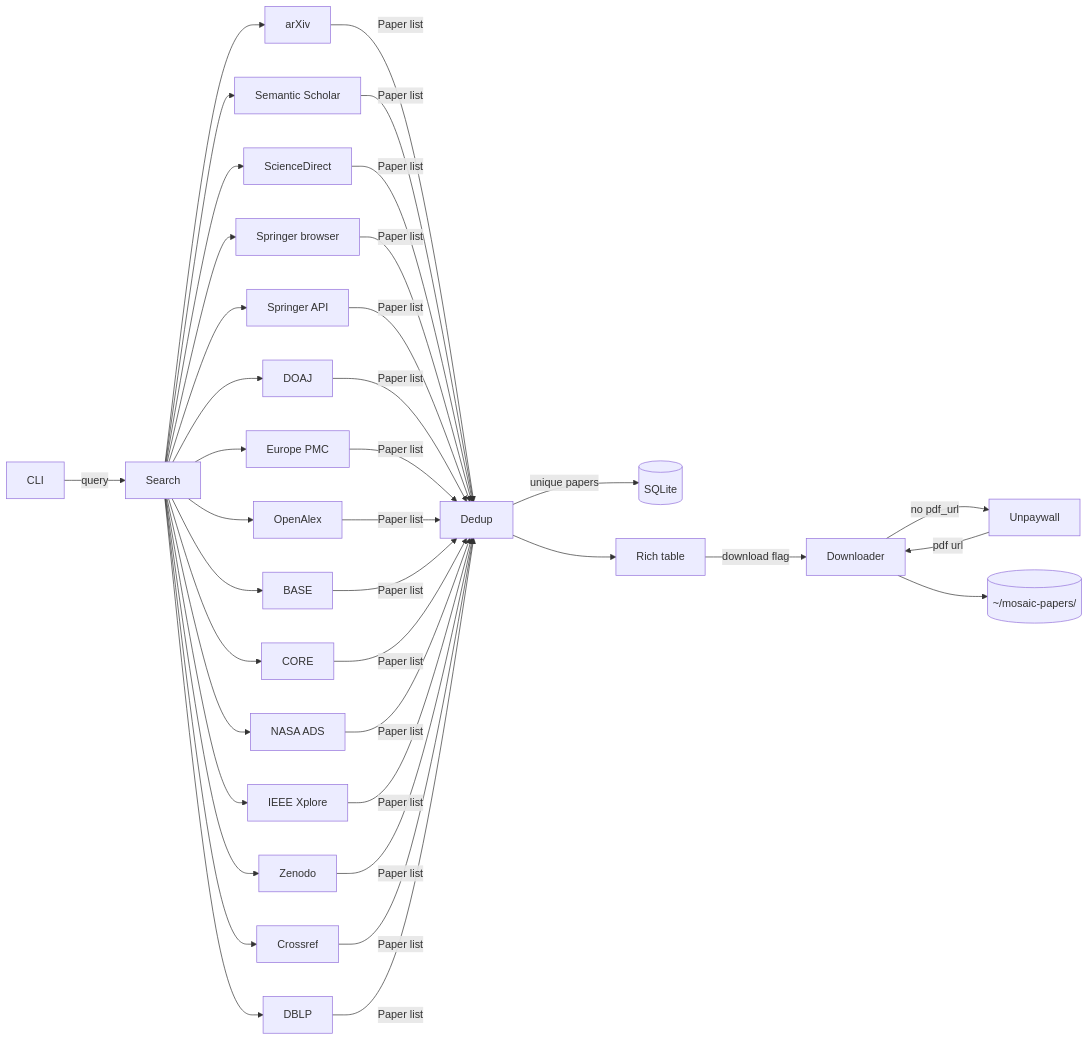
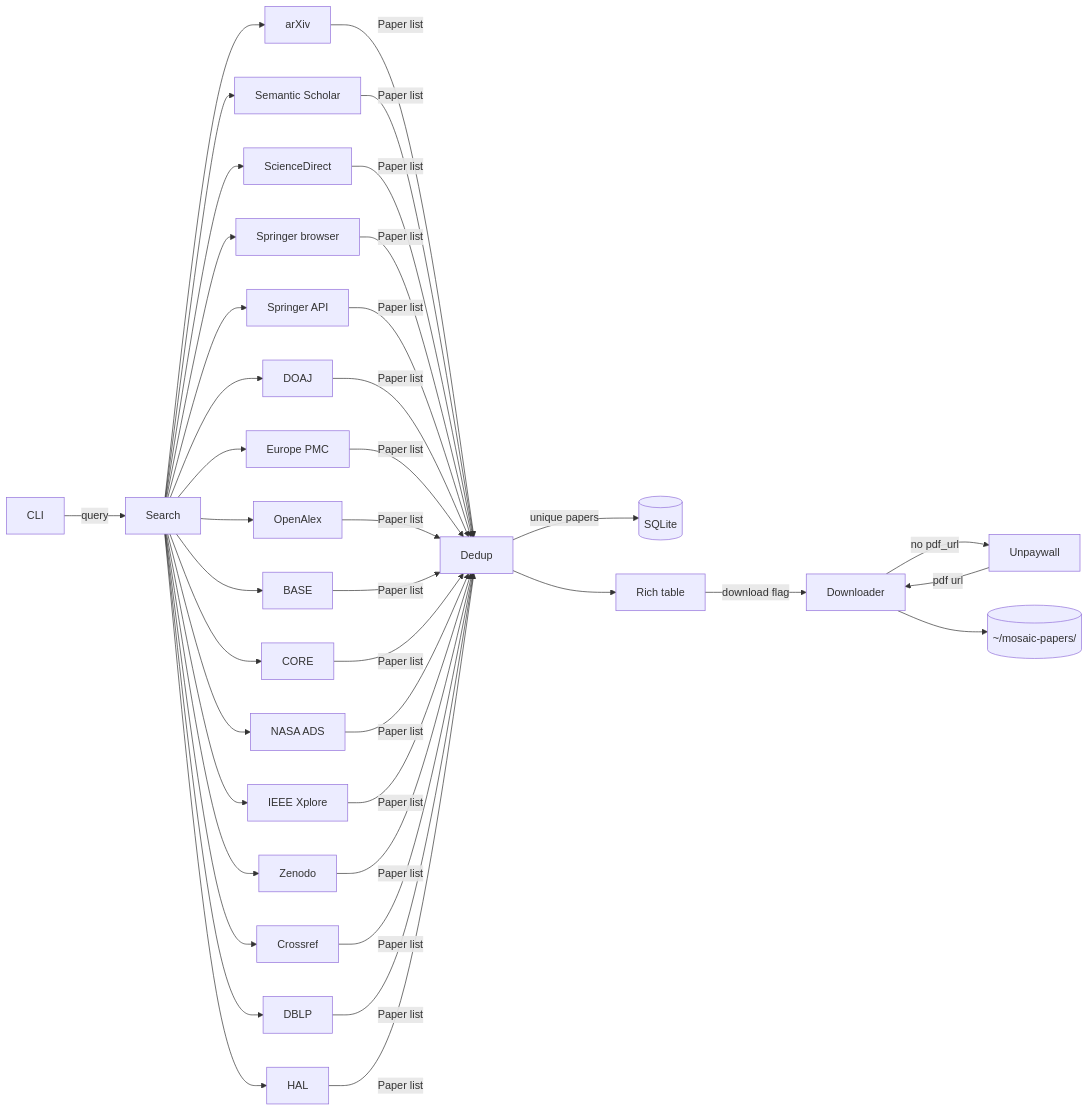
Before and after one commit to szaghi/mosaic: the diagram in docs/index.md, drawn with Mermaid. The commit also changed other lines of this file and 11 other files, not shown here.

First line of the commit message:
feat(sources): add HAL open archive source

````diff
--- a/docs/index.md
+++ b/docs/index.md
@@ -57,12 +57,12 @@
 ```mermaid
 flowchart LR
     CLI -->|query| Search
-    Search --> arXiv & SS[Semantic Scholar] & SD[ScienceDirect] & SP[Springer browser] & SPN[Springer API] & DOAJ & EPMC[Europe PMC] & OA[OpenAlex] & BASE & CORE & ADS[NASA ADS] & IEEE[IEEE Xplore] & ZEN[Zenodo] & CR[Crossref] & DBLP[DBLP]
-    arXiv & SS & SD & SP & SPN & DOAJ & EPMC & OA & BASE & CORE & ADS & IEEE & ZEN & CR & DBLP -->|Paper list| Dedup
+    Search --> arXiv & SS[Semantic Scholar] & SD[ScienceDirect] & SP[Springer browser] & SPN[Springer API] & DOAJ & EPMC[Europe PMC] & OA[OpenAlex] & BASE & CORE & ADS[NASA ADS] & IEEE[IEEE Xplore] & ZEN[Zenodo] & CR[Crossref] & DBLP[DBLP] & HAL[HAL]
+    arXiv & SS & SD & SP & SPN & DOAJ & EPMC & OA & BASE & CORE & ADS & IEEE & ZEN & CR & DBLP & HAL -->|Paper list| Dedup
     Dedup -->|unique papers| Cache[(SQLite)]
     Dedup --> Table[Rich table]
     Table -->|download flag| DL[Downloader]
     DL -->|no pdf_url| UPW[Unpaywall]
     UPW -->|pdf url| DL
     DL --> Disk[(~/mosaic-papers/)]
 ```
````
